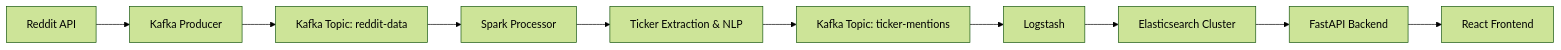
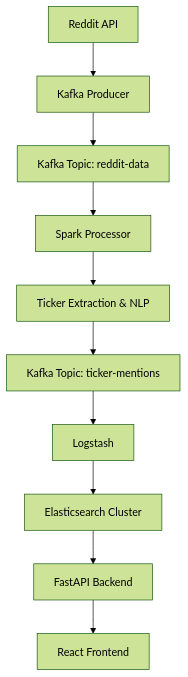
One commit to sdhaduk/WallStreetBuddy changed the diagram in README.md. Above: the diagram before and after it, drawn with Mermaid (forest theme). The commit also changed other lines of this file, not shown here.

````diff
--- a/README.md
+++ b/README.md
@@ -39,12 +39,12 @@
 ```mermaid
-graph LR
+graph TD
     A[Reddit API] --> B[Kafka Producer]
     B --> C[Kafka Topic: reddit-data]
     C --> D[Spark Processor]
     D --> E[Ticker Extraction & NLP]
     E --> F[Kafka Topic: ticker-mentions]
     F --> G[Logstash]
     G --> H[Elasticsearch Cluster]
     H --> I[FastAPI Backend]
     I --> J[React Frontend]
 ```
````
